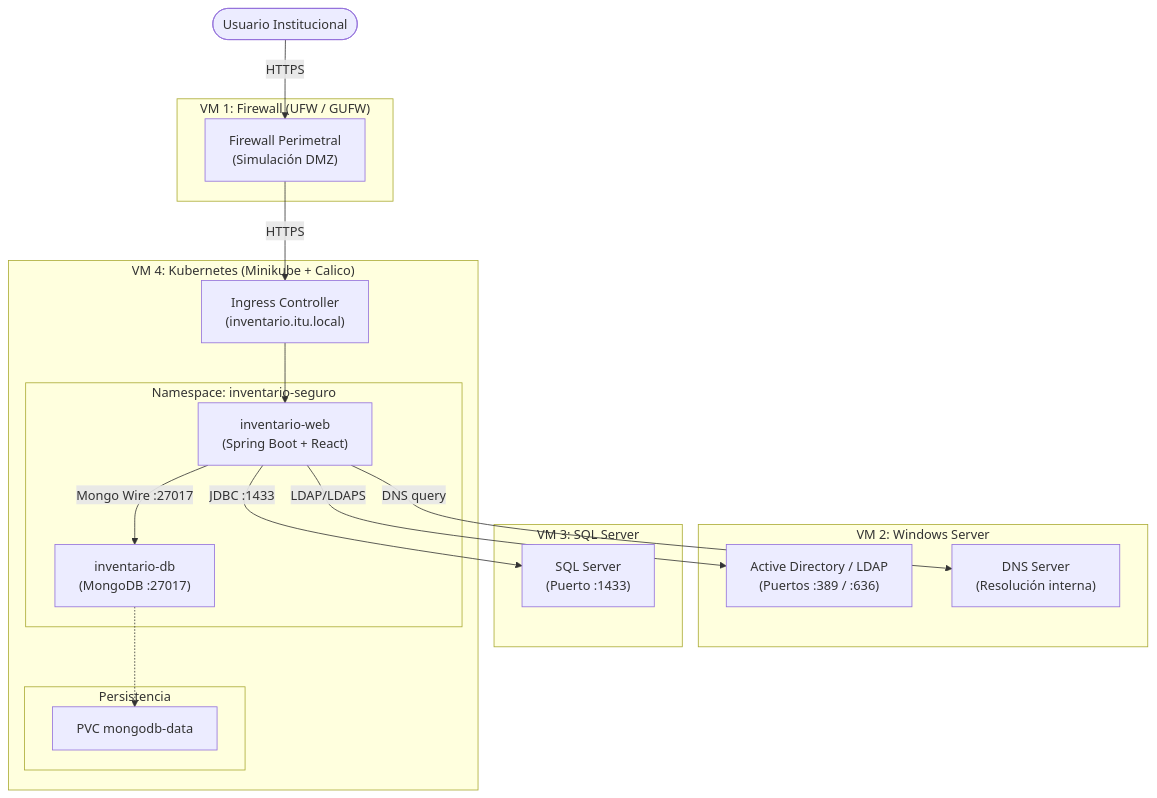
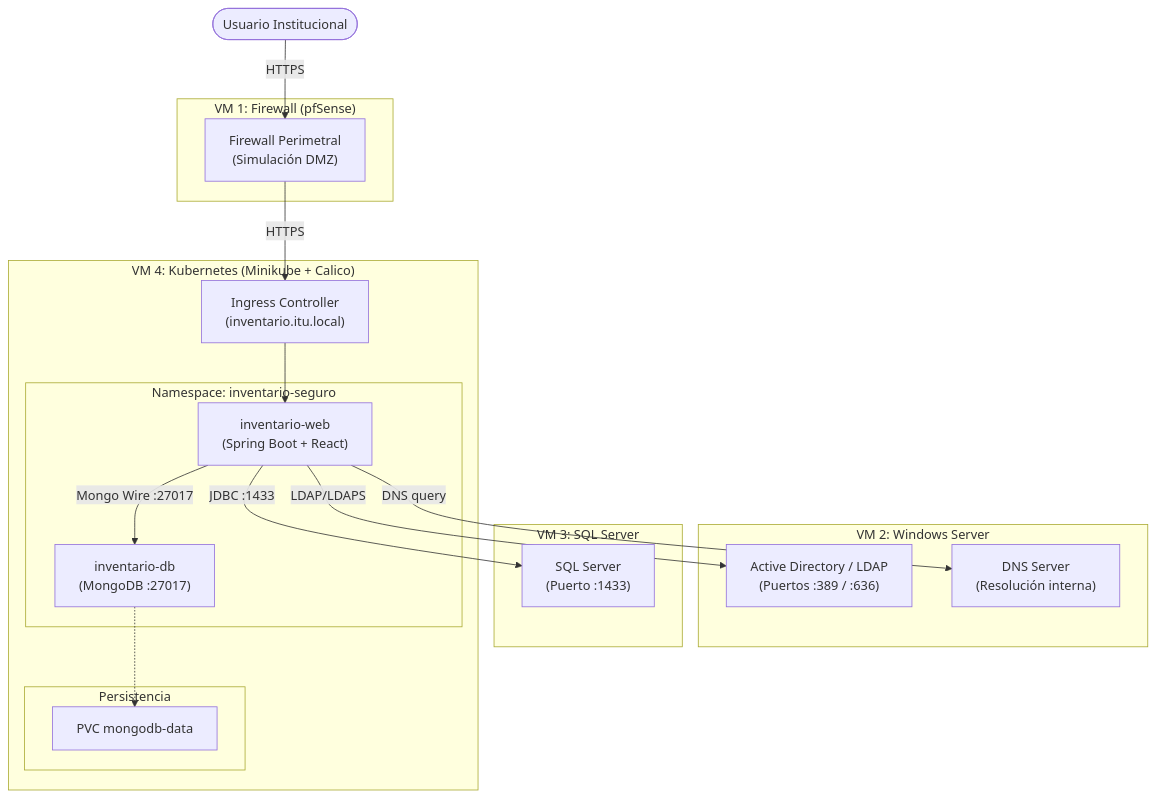
The first of 6 diagrams in docs/Informe_EGI_Inventario.md (juanmahumeniuk/egi-inventario-seguro), drawn with Mermaid before and after one commit. The commit also changed other lines of this file, not shown here.

Commit message:
docs: documentar configuracion pfSense y NetworkPolicies/Calico (alcance, reglas y pasos)

````diff
--- a/docs/Informe_EGI_Inventario.md
+++ b/docs/Informe_EGI_Inventario.md
@@ -48,40 +48,40 @@
 ```mermaid
 graph TD
     U([Usuario Institucional])
 
-    subgraph VM1["VM 1: Firewall (UFW / GUFW)"]
+    subgraph VM1["VM 1: Firewall (pfSense)"]
         FW["Firewall Perimetral\n(Simulación DMZ)"]
     end
 
     subgraph VM2["VM 2: Windows Server"]
         AD["Active Directory / LDAP\n(Puertos :389 / :636)"]
         DNS["DNS Server\n(Resolución interna)"]
     end
 
     subgraph VM3["VM 3: SQL Server"]
         SQL["SQL Server\n(Puerto :1433)"]
     end
 
     subgraph VM4["VM 4: Kubernetes (Minikube + Calico)"]
         IC["Ingress Controller\n(inventario.itu.local)"]
         
         subgraph NS["Namespace: inventario-seguro"]
             FE["inventario-web\n(Spring Boot + React)"]
             MONGO["inventario-db\n(MongoDB :27017)"]
         end
 
         subgraph PV["Persistencia"]
             PV2[PVC mongodb-data]
         end
     end
 
     U -- "HTTPS" --> FW
     FW -- "HTTPS" --> IC
     IC --> FE
 
     FE -- "LDAP/LDAPS" --> AD
     FE -- "DNS query" --> DNS
     FE -- "JDBC :1433" --> SQL
     FE -- "Mongo Wire :27017" --> MONGO
     MONGO -.-> PV2
 ```
````
